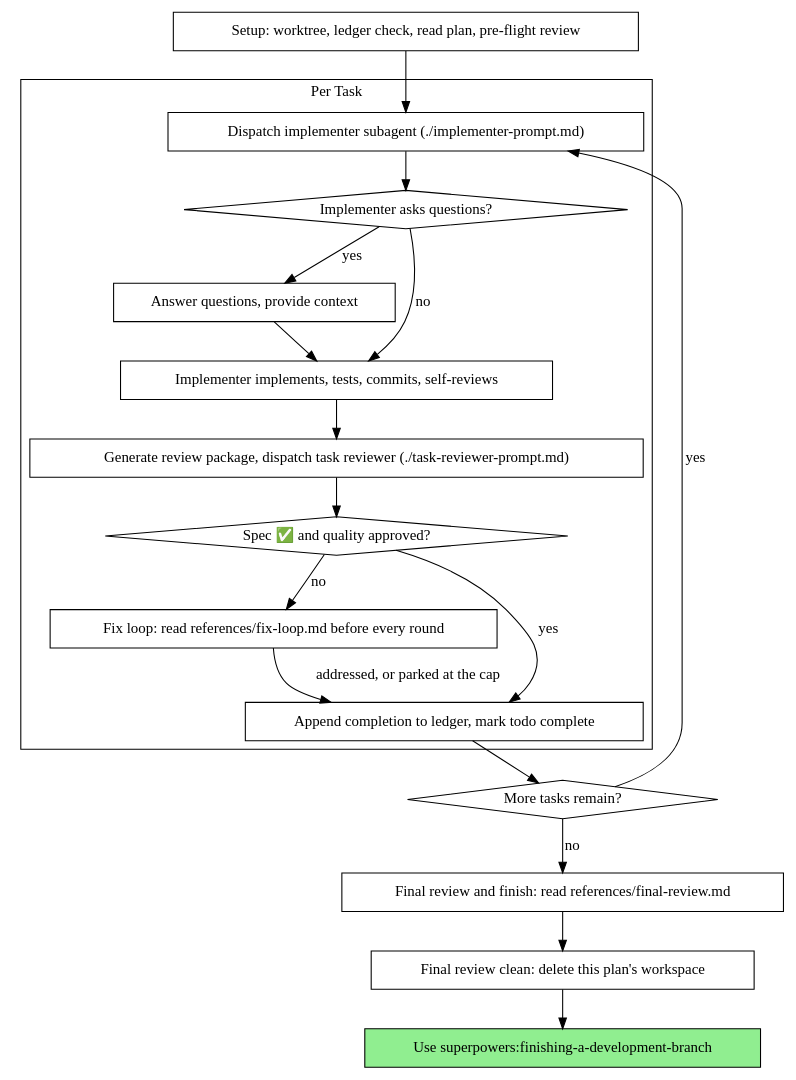
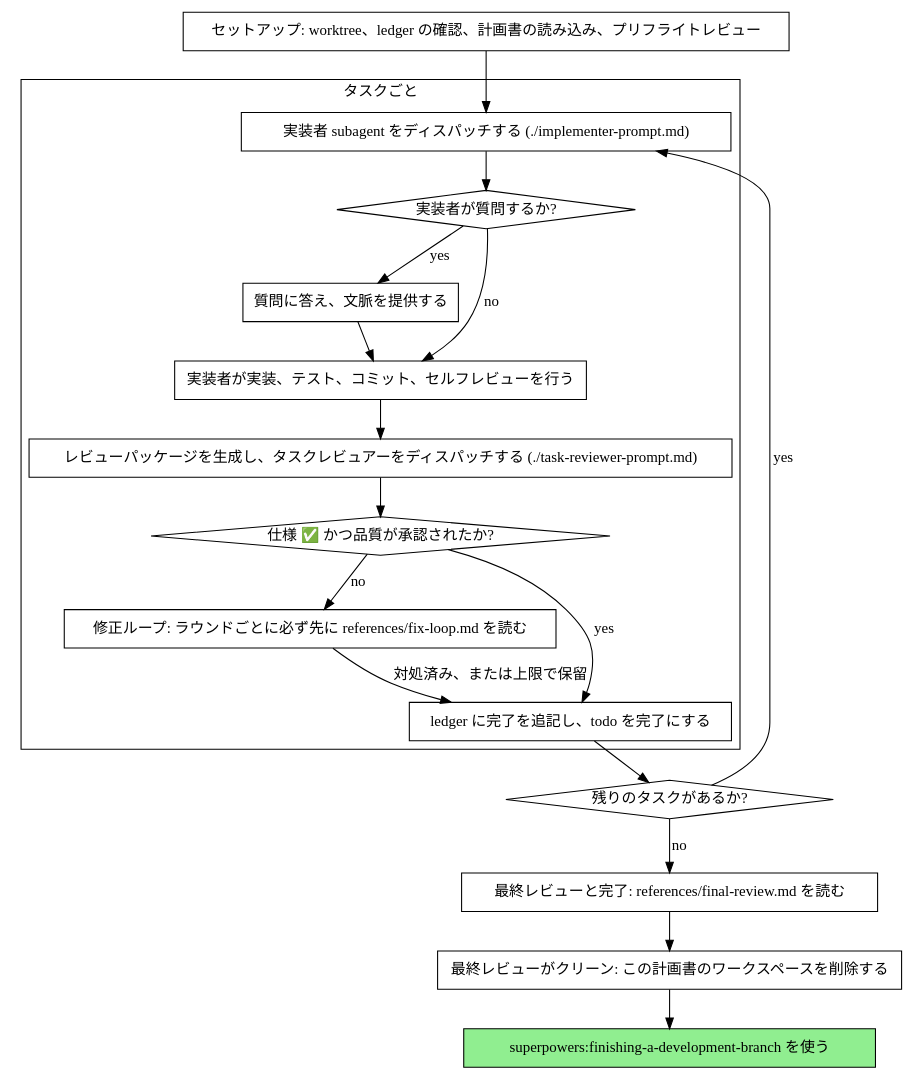
Before and after one commit to hiz8/dotfiles: the second of 2 diagrams in plugins/superpowers/skills/subagent-driven-development/SKILL.md, drawn with Graphviz. The commit also changed other lines of this file and 10 other files, not shown here.

First line of the commit message:
feat: subagent-driven-development スキルの日本語訳

````diff
--- a/plugins/superpowers/skills/subagent-driven-development/SKILL.md
+++ b/plugins/superpowers/skills/subagent-driven-development/SKILL.md
@@ -61,39 +59,39 @@
 ```dot
 digraph process {
     rankdir=TB;
 
     subgraph cluster_per_task {
-        label="Per Task";
-        "Dispatch implementer subagent (./implementer-prompt.md)" [shape=box];
-        "Implementer asks questions?" [shape=diamond];
-        "Answer questions, provide context" [shape=box];
-        "Implementer implements, tests, commits, self-reviews" [shape=box];
-        "Generate review package, dispatch task reviewer (./task-reviewer-prompt.md)" [shape=box];
-        "Spec ✅ and quality approved?" [shape=diamond];
-        "Fix loop: read references/fix-loop.md before every round" [shape=box];
-        "Append completion to ledger, mark todo complete" [shape=box];
+        label="タスクごと";
+        "実装者 subagent をディスパッチする (./implementer-prompt.md)" [shape=box];
+        "実装者が質問するか?" [shape=diamond];
+        "質問に答え、文脈を提供する" [shape=box];
+        "実装者が実装、テスト、コミット、セルフレビューを行う" [shape=box];
+        "レビューパッケージを生成し、タスクレビュアーをディスパッチする (./task-reviewer-prompt.md)" [shape=box];
+        "仕様 ✅ かつ品質が承認されたか?" [shape=diamond];
+        "修正ループ: ラウンドごとに必ず先に references/fix-loop.md を読む" [shape=box];
+        "ledger に完了を追記し、todo を完了にする" [shape=box];
     }
 
-    "Setup: worktree, ledger check, read plan, pre-flight review" [shape=box];
-    "More tasks remain?" [shape=diamond];
-    "Final review and finish: read references/final-review.md" [shape=box];
-    "Final review clean: delete this plan's workspace" [shape=box];
-    "Use superpowers:finishing-a-development-branch" [shape=box style=filled fillcolor=lightgreen];
+    "セットアップ: worktree、ledger の確認、計画書の読み込み、プリフライトレビュー" [shape=box];
+    "残りのタスクがあるか?" [shape=diamond];
+    "最終レビューと完了: references/final-review.md を読む" [shape=box];
+    "最終レビューがクリーン: この計画書のワークスペースを削除する" [shape=box];
+    "superpowers:finishing-a-development-branch を使う" [shape=box style=filled fillcolor=lightgreen];
 
-    "Setup: worktree, ledger check, read plan, pre-flight review" -> "Dispatch implementer subagent (./implementer-prompt.md)";
-    "Dispatch implementer subagent (./implementer-prompt.md)" -> "Implementer asks questions?";
-    "Implementer asks questions?" -> "Answer questions, provide context" [label="yes"];
-    "Answer questions, provide context" -> "Implementer implements, tests, commits, self-reviews";
-    "Implementer asks questions?" -> "Implementer implements, tests, commits, self-reviews" [label="no"];
-    "Implementer implements, tests, commits, self-reviews" -> "Generate review package, dispatch task reviewer (./task-reviewer-prompt.md)";
-    "Generate review package, dispatch task reviewer (./task-reviewer-prompt.md)" -> "Spec ✅ and quality approved?";
-    "Spec ✅ and quality approved?" -> "Append completion to ledger, mark todo complete" [label="yes"];
-    "Spec ✅ and quality approved?" -> "Fix loop: read references/fix-loop.md before every round" [label="no"];
-    "Fix loop: read references/fix-loop.md before every round" -> "Append completion to ledger, mark todo complete" [label="addressed, or parked at the cap"];
-    "Append completion to ledger, mark todo complete" -> "More tasks remain?";
-    "More tasks remain?" -> "Dispatch implementer subagent (./implementer-prompt.md)" [label="yes"];
-    "More tasks remain?" -> "Final review and finish: read references/final-review.md" [label="no"];
-    "Final review and finish: read references/final-review.md" -> "Final review clean: delete this plan's workspace";
-    "Final review clean: delete this plan's workspace" -> "Use superpowers:finishing-a-development-branch";
+    "セットアップ: worktree、ledger の確認、計画書の読み込み、プリフライトレビュー" -> "実装者 subagent をディスパッチする (./implementer-prompt.md)";
+    "実装者 subagent をディスパッチする (./implementer-prompt.md)" -> "実装者が質問するか?";
+    "実装者が質問するか?" -> "質問に答え、文脈を提供する" [label="yes"];
+    "質問に答え、文脈を提供する" -> "実装者が実装、テスト、コミット、セルフレビューを行う";
+    "実装者が質問するか?" -> "実装者が実装、テスト、コミット、セルフレビューを行う" [label="no"];
+    "実装者が実装、テスト、コミット、セルフレビューを行う" -> "レビューパッケージを生成し、タスクレビュアーをディスパッチする (./task-reviewer-prompt.md)";
+    "レビューパッケージを生成し、タスクレビュアーをディスパッチする (./task-reviewer-prompt.md)" -> "仕様 ✅ かつ品質が承認されたか?";
+    "仕様 ✅ かつ品質が承認されたか?" -> "ledger に完了を追記し、todo を完了にする" [label="yes"];
+    "仕様 ✅ かつ品質が承認されたか?" -> "修正ループ: ラウンドごとに必ず先に references/fix-loop.md を読む" [label="no"];
+    "修正ループ: ラウンドごとに必ず先に references/fix-loop.md を読む" -> "ledger に完了を追記し、todo を完了にする" [label="対処済み、または上限で保留"];
+    "ledger に完了を追記し、todo を完了にする" -> "残りのタスクがあるか?";
+    "残りのタスクがあるか?" -> "実装者 subagent をディスパッチする (./implementer-prompt.md)" [label="yes"];
+    "残りのタスクがあるか?" -> "最終レビューと完了: references/final-review.md を読む" [label="no"];
+    "最終レビューと完了: references/final-review.md を読む" -> "最終レビューがクリーン: この計画書のワークスペースを削除する";
+    "最終レビューがクリーン: この計画書のワークスペースを削除する" -> "superpowers:finishing-a-development-branch を使う";
 }
 ```
````
